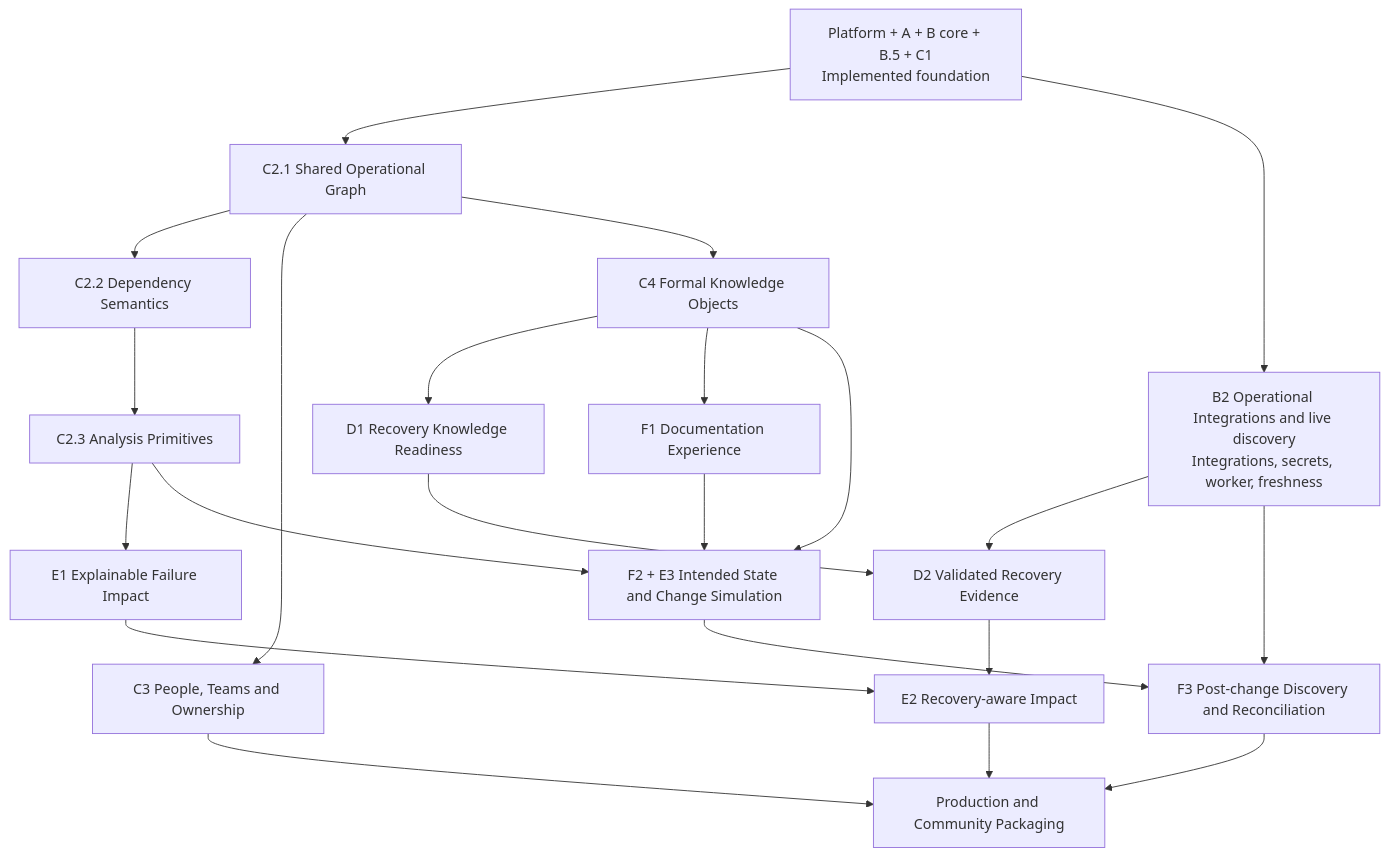
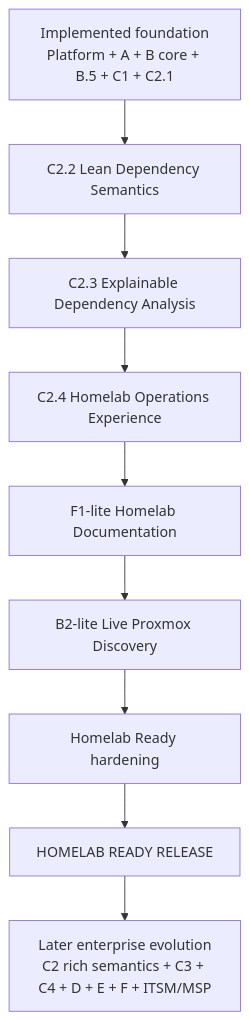
One commit to benchristian88/atlas changed the first of 2 diagrams in docs/product/development-roadmap.md. Above: the diagram before and after it, drawn with Mermaid. The commit also changed other lines of this file and 16 other files, not shown here.

Commit message:
docs:roadmap replanning

````diff
--- a/docs/product/development-roadmap.md
+++ b/docs/product/development-roadmap.md
@@ -102,40 +123,15 @@
 ```mermaid
 flowchart TD
-    BASE[Platform + A + B core + B.5 + C1\nImplemented foundation]
-    C21[C2.1 Shared Operational Graph]
-    C22[C2.2 Dependency Semantics]
-    C23[C2.3 Analysis Primitives]
-    C3[C3 People, Teams and Ownership]
-    C4[C4 Formal Knowledge Objects]
-    D1[D1 Recovery Knowledge Readiness]
-    BLive[B2 Operational Integrations and live discovery\nIntegrations, secrets, worker, freshness]
-    E1[E1 Explainable Failure Impact]
-    F1[F1 Documentation Experience]
-    D2[D2 Validated Recovery Evidence]
-    E2[E2 Recovery-aware Impact]
-    F2E3[F2 + E3 Intended State and Change Simulation]
-    F3[F3 Post-change Discovery and Reconciliation]
-    PROD[Production and Community Packaging]
+    BASE[Implemented foundation\nPlatform + A + B core + B.5 + C1 + C2.1]
+    C22[C2.2 Lean Dependency Semantics]
+    C23[C2.3 Explainable Dependency Analysis]
+    C24[C2.4 Homelab Operations Experience]
+    F1L[F1-lite Homelab Documentation]
+    B2L[B2-lite Live Proxmox Discovery]
+    HARDEN[Homelab Ready hardening]
+    READY[HOMELAB READY RELEASE]
+    LATER[Later enterprise evolution\nC2 rich semantics + C3 + C4 + D + E + F + ITSM/MSP]
 
-    BASE --> C21
-    C21 --> C22
-    C22 --> C23
-    C21 --> C3
-    C21 --> C4
-    C4 --> D1
-    C23 --> E1
-    C4 --> F1
-    BASE --> BLive
-    D1 --> D2
-    BLive --> D2
-    E1 --> E2
-    D2 --> E2
-    C23 --> F2E3
-    C4 --> F2E3
-    F1 --> F2E3
-    F2E3 --> F3
-    BLive --> F3
-    E2 --> PROD
-    F3 --> PROD
-    C3 --> PROD
+    BASE --> C22 --> C23 --> C24 --> F1L --> B2L --> HARDEN --> READY
+    READY --> LATER
 ```
````
